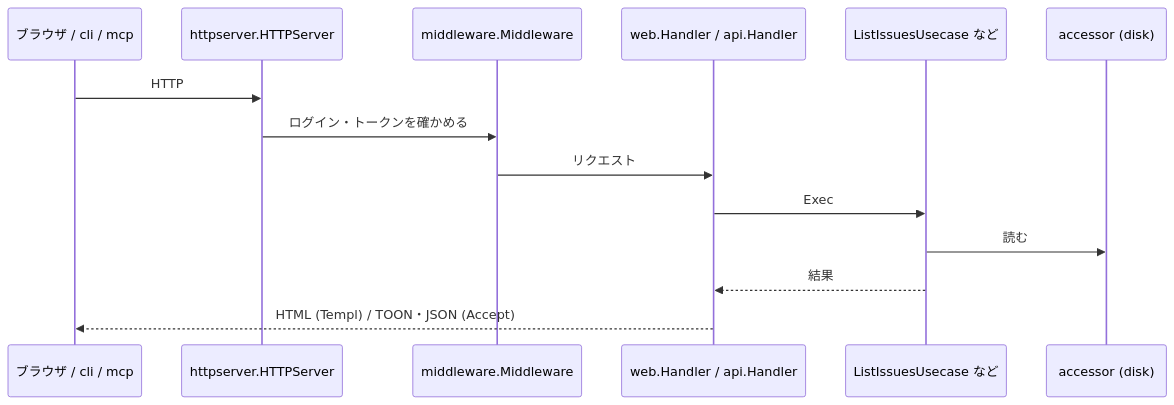
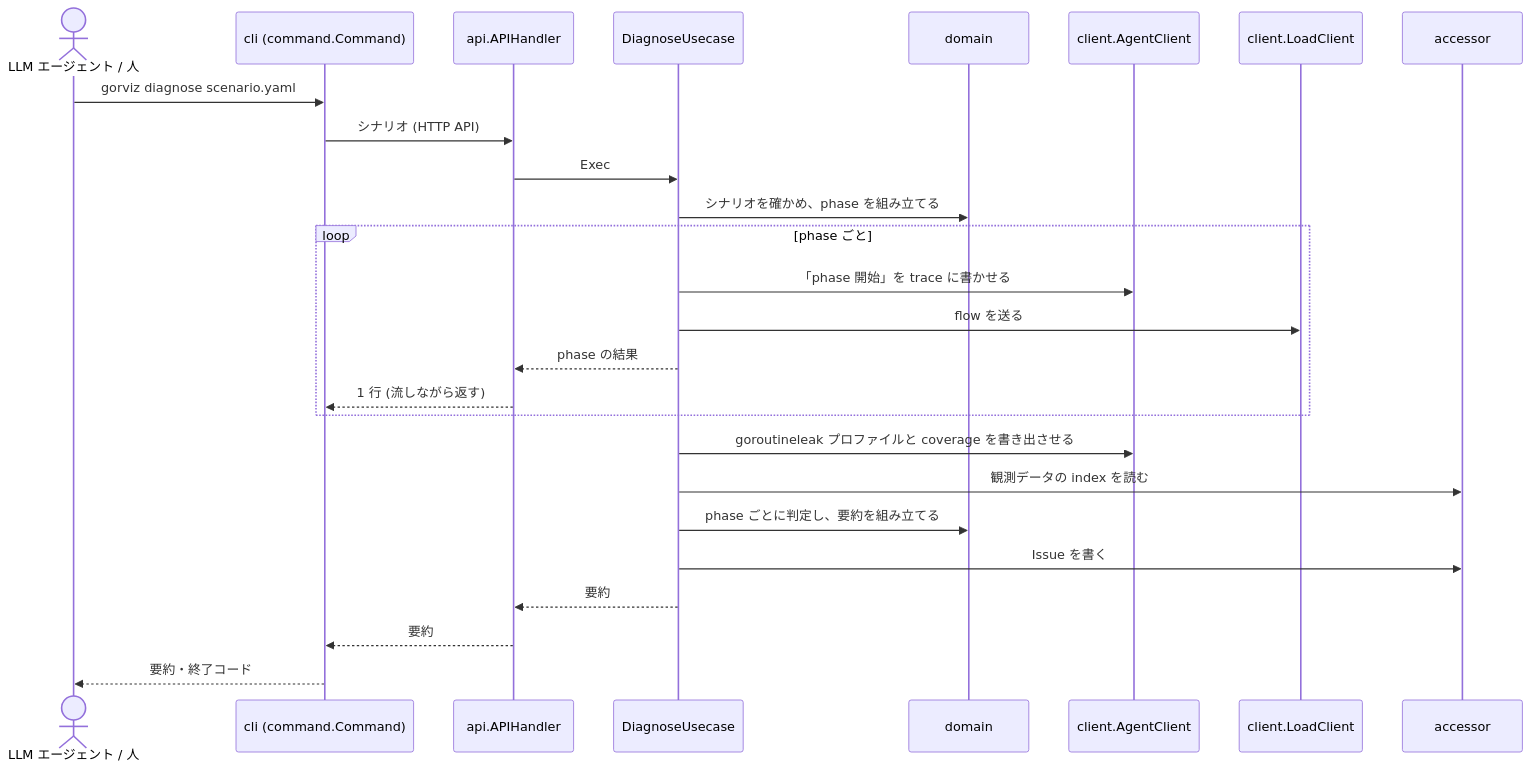
Before and after one commit to kakkky/gorviz: the tenth of 12 diagrams in docs/architecture.md, drawn with Mermaid. The commit also changed other lines of this file, not shown here.

Commit message:
docs: rework the architecture for the local tool with one gorviz binary holding the server and the cli, layer the agent injected into the app through an overlay, talk to it over one socket defined in agentsocket, and keep package names short with the details in type names

````diff
--- a/docs/architecture.md
+++ b/docs/architecture.md
@@ -427,17 +378,29 @@
 ```mermaid
 sequenceDiagram
-    participant B as ブラウザ / cli / mcp
-    participant H as httpserver.HTTPServer
-    participant M as middleware.Middleware
-    participant P as web.Handler / api.Handler
-    participant U as ListIssuesUsecase など
-    participant A as accessor (disk)
+    actor L as LLM エージェント / 人
+    participant P as cli (command.Command)
+    participant H as api.APIHandler
+    participant U as DiagnoseUsecase
+    participant D as domain
+    participant AG as client.AgentClient
+    participant LC as client.LoadClient
+    participant AC as accessor
 
-    B->>H: HTTP
-    H->>M: ログイン・トークンを確かめる
-    M->>P: リクエスト
-    P->>U: Exec
-    U->>A: 読む
-    U-->>P: 結果
-    P-->>B: HTML (Templ) / TOON・JSON (Accept)
+    L->>P: gorviz diagnose scenario.yaml
+    P->>H: シナリオ (HTTP API)
+    H->>U: Exec
+    U->>D: シナリオを確かめ、phase を組み立てる
+    loop phase ごと
+        U->>AG: 「phase 開始」を trace に書かせる
+        U->>LC: flow を送る
+        U-->>H: phase の結果
+        H-->>P: 1 行 (流しながら返す)
+    end
+    U->>AG: goroutineleak プロファイルと coverage を書き出させる
+    U->>AC: 観測データの index を読む
+    U->>D: phase ごとに判定し、要約を組み立てる
+    U->>AC: Issue を書く
+    U-->>H: 要約
+    H-->>P: 要約
+    P-->>L: 要約・終了コード
 ```
````
